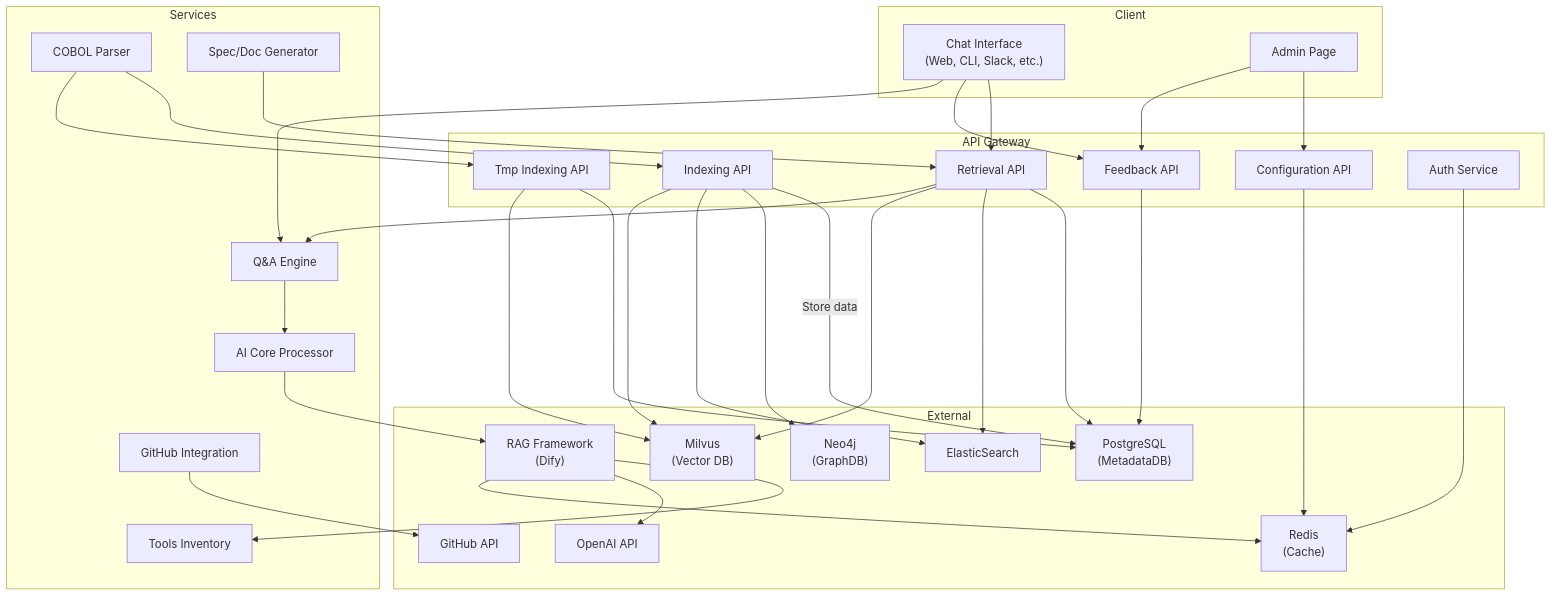
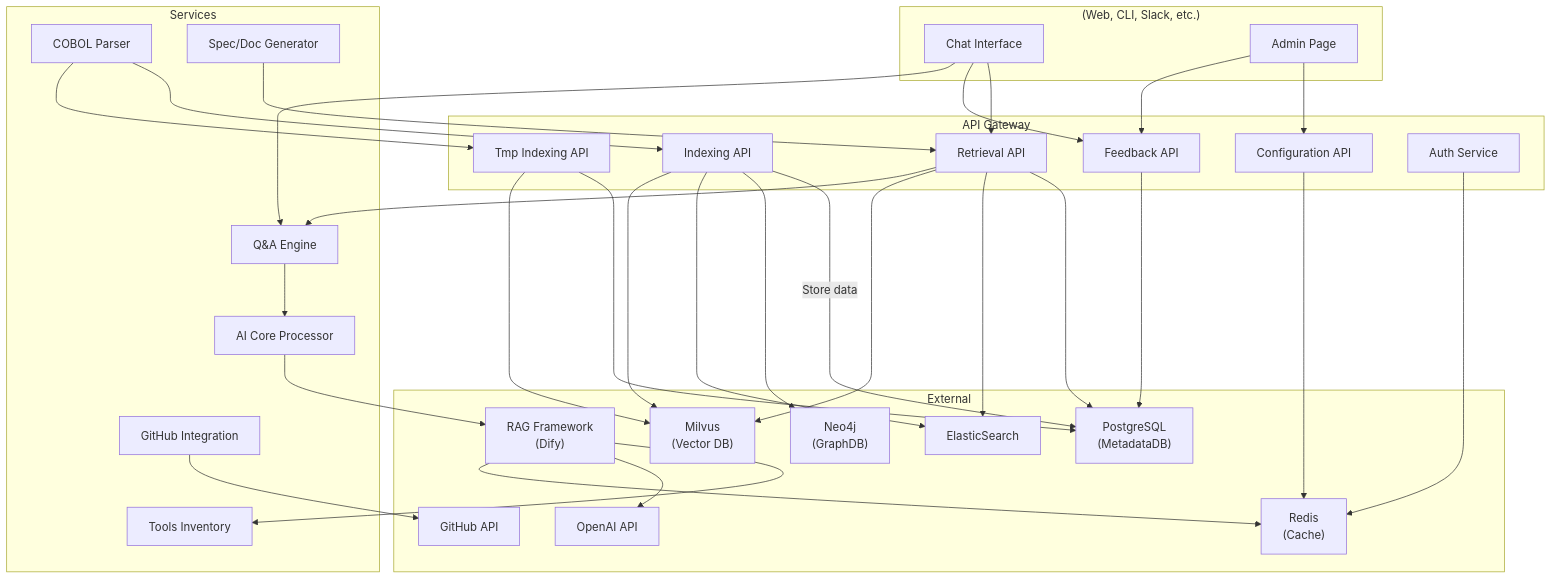
One commit to anhttmle/anhttmle.github.io changed the second of 2 diagrams in _draft/C2B/CA-Design.md. Above: the diagram before and after it, drawn with Mermaid.

````diff
--- a/_draft/C2B/CA-Design.md
+++ b/_draft/C2B/CA-Design.md
@@ -117,72 +117,72 @@
 ```mermaid
 flowchart TB
-  subgraph Client
-    ChatUI["Chat Interface\n(Web, CLI, Slack, etc.)"]
+  subgraph Client[" (Web, CLI, Slack, etc.)"]
+    ChatUI["Chat Interface"]
     AdminUI["Admin Page"]
   end
 
   subgraph API_Gateway["API Gateway"]
     IndexingAPI["Indexing API"]
     TmpIndexingAPI["Tmp Indexing API"]
     RetrievalAPI["Retrieval API"]
     ConfigAPI["Configuration API"]
     FeedbackAPI["Feedback API"]
     AuthAPI["Auth Service"]
   end
 
   subgraph Services
     COBOLParser["COBOL Parser"]
     DocGen["Spec/Doc Generator"]
     QAEngine["Q&A Engine"]
     GitHubService["GitHub Integration"]
     AICore["AI Core Processor"]
     Tools["Tools Inventory"]
   end
 
   subgraph External
     PostgreSQL["PostgreSQL\n(MetadataDB)"]
     Neo4j["Neo4j\n(GraphDB)"]
     Elastic["ElasticSearch"]
     Milvus["Milvus\n(Vector DB)"]
     Redis["Redis\n(Cache)"]
     OpenAI["OpenAI API"]
     GitHub["GitHub API"]
     Dify["RAG Framework\n(Dify)"]
   end
 
   ChatUI --> RetrievalAPI
   ChatUI --> FeedbackAPI
   ChatUI --> QAEngine
 
   AdminUI --> ConfigAPI
   AdminUI --> FeedbackAPI
 
   IndexingAPI -->|Store data| PostgreSQL
   IndexingAPI --> Neo4j
   IndexingAPI --> Elastic
   IndexingAPI --> Milvus
 
   TmpIndexingAPI --> PostgreSQL
   TmpIndexingAPI --> Milvus
 
   RetrievalAPI --> PostgreSQL
   RetrievalAPI --> Elastic
   RetrievalAPI --> Milvus
   RetrievalAPI --> QAEngine
 
   QAEngine --> AICore
   AICore --> Dify
   Dify --> Tools
   Dify --> OpenAI
   Dify --> Redis
 
   GitHubService --> GitHub
   COBOLParser --> IndexingAPI
   COBOLParser --> TmpIndexingAPI
   DocGen --> RetrievalAPI
 
   ConfigAPI --> Redis
   FeedbackAPI --> PostgreSQL
   AuthAPI --> Redis
 
 ```
````
